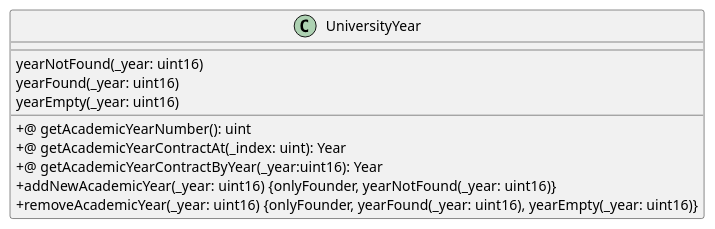
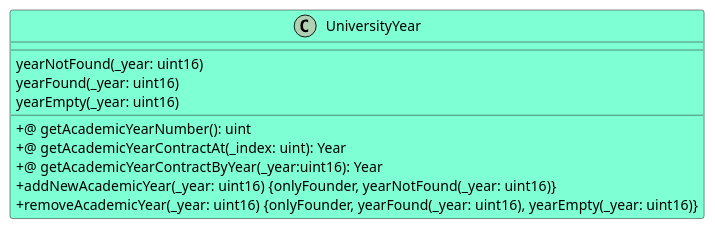
Before and after one commit to M9k/Marvin-Uml: the diagram in Solidity/Contracts/UniversityYear.iuml, drawn with PlantUML. The commit also changed 9 other files, not shown here.

```diff
--- a/Solidity/Contracts/UniversityYear.iuml
+++ b/Solidity/Contracts/UniversityYear.iuml
@@ -1,15 +1,15 @@
 @startuml
 skinparam classAttributeIconSize 0
-class UniversityYear {
+class UniversityYear #AquaMarine {
 __
 yearNotFound(_year: uint16)
 yearFound(_year: uint16)
 yearEmpty(_year: uint16)
 __
 +@ getAcademicYearNumber(): uint
 +@ getAcademicYearContractAt(_index: uint): Year
 +@ getAcademicYearContractByYear(_year:uint16): Year
 + addNewAcademicYear(_year: uint16) {onlyFounder, yearNotFound(_year: uint16)}
 + removeAcademicYear(_year: uint16) {onlyFounder, yearFound(_year: uint16), yearEmpty(_year: uint16)}
 }
 @enduml
```
